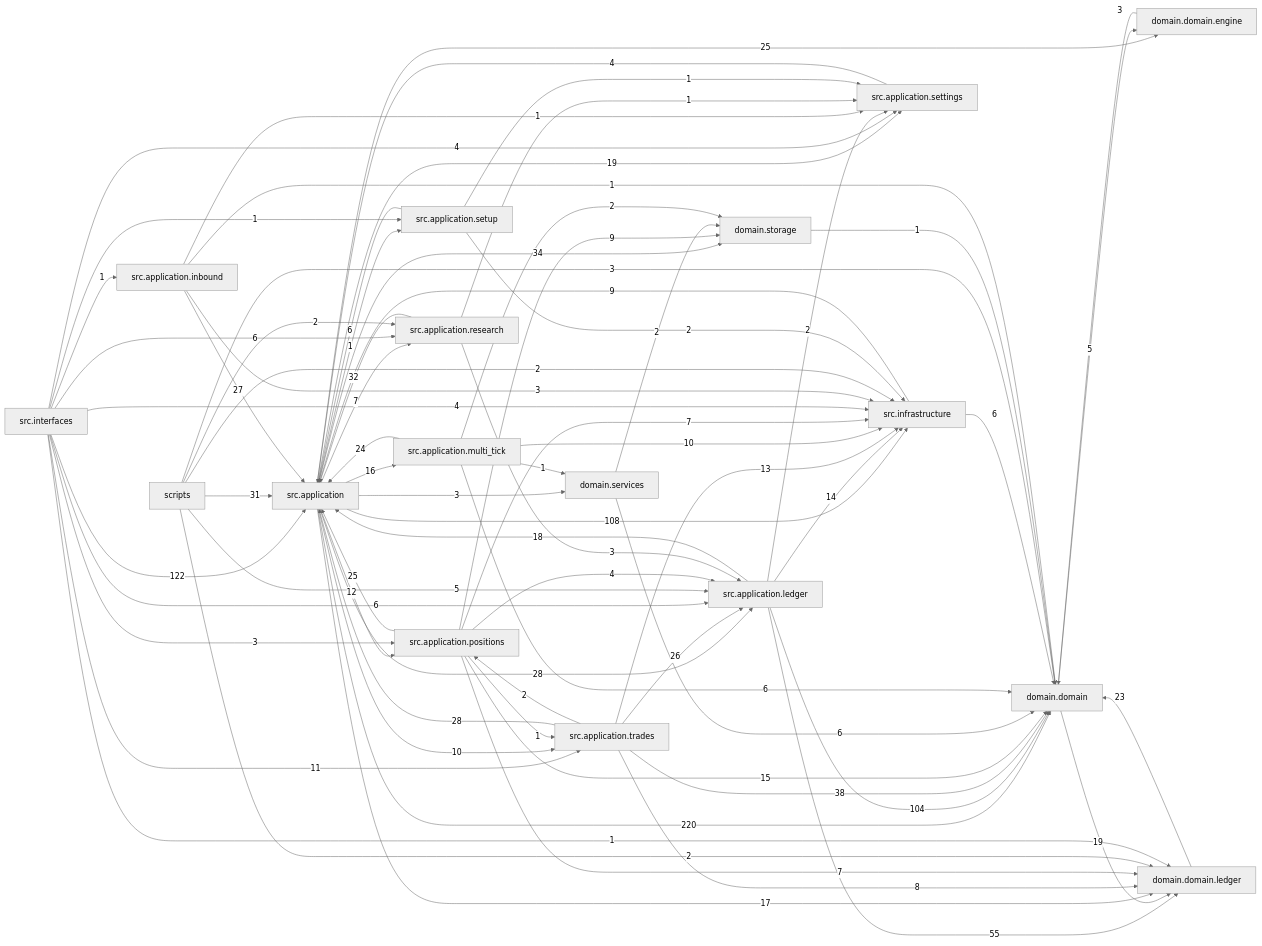
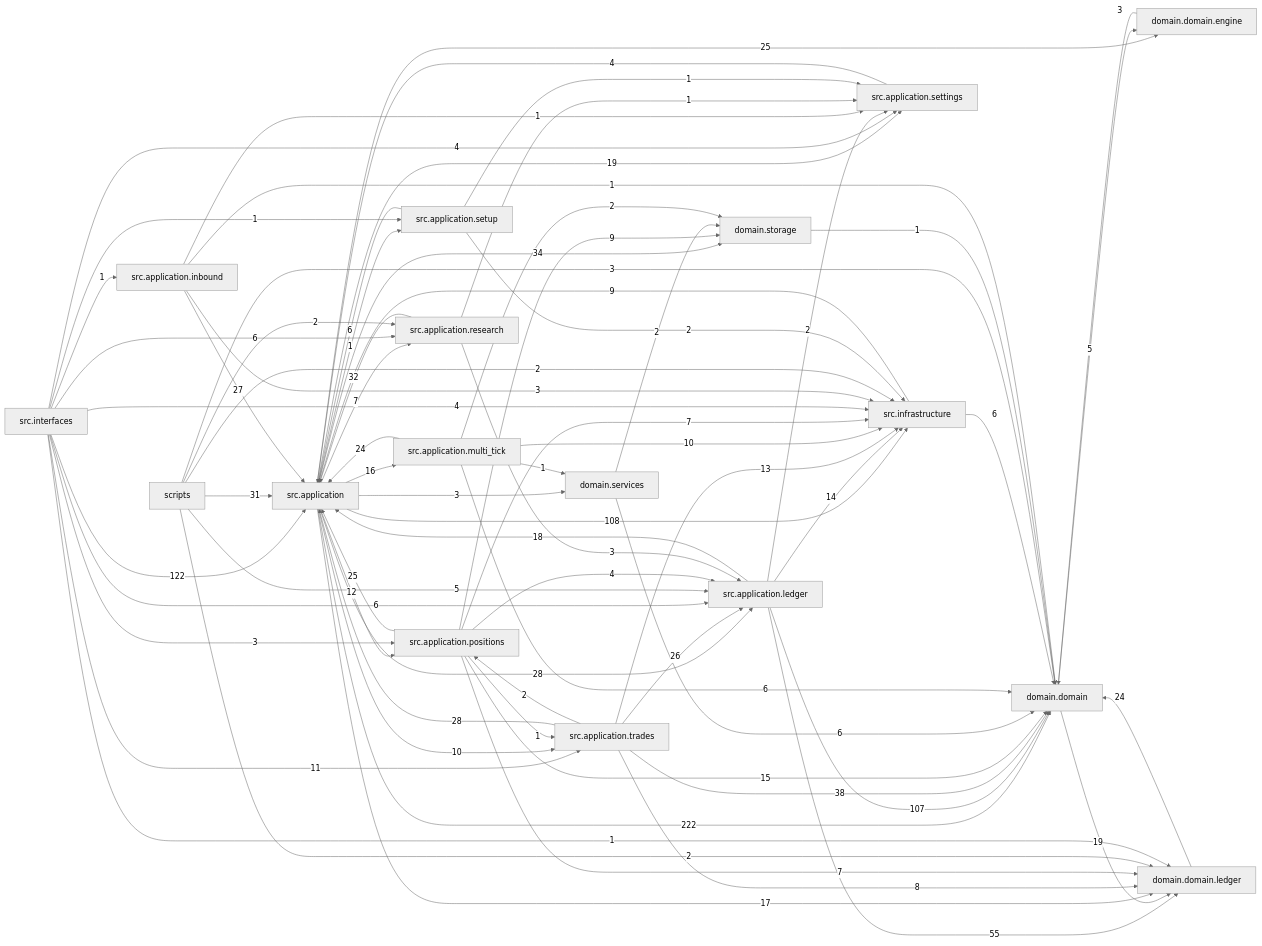
One commit to liuxie066/options-monitor changed the diagram in docs/dependency_graph.mmd. Above: the diagram before and after it, drawn with Mermaid (neutral theme). The commit also changed 15 other files, not shown here.

```diff
--- a/docs/dependency_graph.mmd
+++ b/docs/dependency_graph.mmd
@@ -1,73 +1,73 @@
 flowchart LR
-  src_application["src.application"] -->|220| domain_domain["domain.domain"]
+  src_application["src.application"] -->|222| domain_domain["domain.domain"]
   src_interfaces["src.interfaces"] -->|122| src_application["src.application"]
   src_application["src.application"] -->|108| src_infrastructure["src.infrastructure"]
-  src_application_ledger["src.application.ledger"] -->|104| domain_domain["domain.domain"]
+  src_application_ledger["src.application.ledger"] -->|107| domain_domain["domain.domain"]
   src_application_ledger["src.application.ledger"] -->|55| domain_domain_ledger["domain.domain.ledger"]
   src_application_trades["src.application.trades"] -->|38| domain_domain["domain.domain"]
   src_application["src.application"] -->|34| domain_storage["domain.storage"]
   src_application_research["src.application.research"] -->|32| src_application["src.application"]
   scripts["scripts"] -->|31| src_application["src.application"]
   src_application["src.application"] -->|28| src_application_ledger["src.application.ledger"]
   src_application_trades["src.application.trades"] -->|28| src_application["src.application"]
   src_application_inbound["src.application.inbound"] -->|27| src_application["src.application"]
   src_application_trades["src.application.trades"] -->|26| src_application_ledger["src.application.ledger"]
   src_application["src.application"] -->|25| domain_domain_engine["domain.domain.engine"]
   src_application_positions["src.application.positions"] -->|25| src_application["src.application"]
+  domain_domain_ledger["domain.domain.ledger"] -->|24| domain_domain["domain.domain"]
   src_application_multi_tick["src.application.multi_tick"] -->|24| src_application["src.application"]
-  domain_domain_ledger["domain.domain.ledger"] -->|23| domain_domain["domain.domain"]
   domain_domain["domain.domain"] -->|19| domain_domain_ledger["domain.domain.ledger"]
   src_application["src.application"] -->|19| src_application_settings["src.application.settings"]
   src_application_ledger["src.application.ledger"] -->|18| src_application["src.application"]
   src_application["src.application"] -->|17| domain_domain_ledger["domain.domain.ledger"]
   src_application["src.application"] -->|16| src_application_multi_tick["src.application.multi_tick"]
   src_application_positions["src.application.positions"] -->|15| domain_domain["domain.domain"]
   src_application_ledger["src.application.ledger"] -->|14| src_infrastructure["src.infrastructure"]
   src_application_trades["src.application.trades"] -->|13| src_infrastructure["src.infrastructure"]
   src_application["src.application"] -->|12| src_application_positions["src.application.positions"]
   src_interfaces["src.interfaces"] -->|11| src_application_trades["src.application.trades"]
   src_application["src.application"] -->|10| src_application_trades["src.application.trades"]
   src_application_multi_tick["src.application.multi_tick"] -->|10| src_infrastructure["src.infrastructure"]
   src_application_positions["src.application.positions"] -->|9| domain_storage["domain.storage"]
   src_infrastructure["src.infrastructure"] -->|9| src_application["src.application"]
   src_application_trades["src.application.trades"] -->|8| domain_domain_ledger["domain.domain.ledger"]
   src_application["src.application"] -->|7| src_application_research["src.application.research"]
   src_application_positions["src.application.positions"] -->|7| domain_domain_ledger["domain.domain.ledger"]
   src_application_positions["src.application.positions"] -->|7| src_infrastructure["src.infrastructure"]
   domain_services["domain.services"] -->|6| domain_domain["domain.domain"]
   src_application_multi_tick["src.application.multi_tick"] -->|6| domain_domain["domain.domain"]
   src_application_setup["src.application.setup"] -->|6| src_application["src.application"]
   src_infrastructure["src.infrastructure"] -->|6| domain_domain["domain.domain"]
   src_interfaces["src.interfaces"] -->|6| src_application_ledger["src.application.ledger"]
   src_interfaces["src.interfaces"] -->|6| src_application_research["src.application.research"]
   domain_domain["domain.domain"] -->|5| domain_domain_engine["domain.domain.engine"]
   scripts["scripts"] -->|5| src_application_ledger["src.application.ledger"]
   src_application_positions["src.application.positions"] -->|4| src_application_ledger["src.application.ledger"]
   src_application_settings["src.application.settings"] -->|4| src_application["src.application"]
   src_interfaces["src.interfaces"] -->|4| src_application_settings["src.application.settings"]
   src_interfaces["src.interfaces"] -->|4| src_infrastructure["src.infrastructure"]
   domain_domain_engine["domain.domain.engine"] -->|3| domain_domain["domain.domain"]
   scripts["scripts"] -->|3| domain_domain["domain.domain"]
   src_application["src.application"] -->|3| domain_services["domain.services"]
   src_application_inbound["src.application.inbound"] -->|3| src_infrastructure["src.infrastructure"]
   src_application_research["src.application.research"] -->|3| src_application_ledger["src.application.ledger"]
   src_interfaces["src.interfaces"] -->|3| src_application_positions["src.application.positions"]
   domain_services["domain.services"] -->|2| domain_storage["domain.storage"]
   scripts["scripts"] -->|2| domain_domain_ledger["domain.domain.ledger"]
   scripts["scripts"] -->|2| src_application_research["src.application.research"]
   scripts["scripts"] -->|2| src_infrastructure["src.infrastructure"]
   src_application_ledger["src.application.ledger"] -->|2| src_application_settings["src.application.settings"]
   src_application_multi_tick["src.application.multi_tick"] -->|2| domain_storage["domain.storage"]
   src_application_setup["src.application.setup"] -->|2| src_infrastructure["src.infrastructure"]
   src_application_trades["src.application.trades"] -->|2| src_application_positions["src.application.positions"]
   domain_storage["domain.storage"] -->|1| domain_domain["domain.domain"]
   src_application["src.application"] -->|1| src_application_setup["src.application.setup"]
   src_application_inbound["src.application.inbound"] -->|1| domain_domain["domain.domain"]
   src_application_inbound["src.application.inbound"] -->|1| src_application_settings["src.application.settings"]
   src_application_multi_tick["src.application.multi_tick"] -->|1| domain_services["domain.services"]
   src_application_positions["src.application.positions"] -->|1| src_application_trades["src.application.trades"]
   src_application_research["src.application.research"] -->|1| src_application_settings["src.application.settings"]
   src_application_setup["src.application.setup"] -->|1| src_application_settings["src.application.settings"]
   src_interfaces["src.interfaces"] -->|1| domain_domain_ledger["domain.domain.ledger"]
   src_interfaces["src.interfaces"] -->|1| src_application_inbound["src.application.inbound"]
   src_interfaces["src.interfaces"] -->|1| src_application_setup["src.application.setup"]
```
